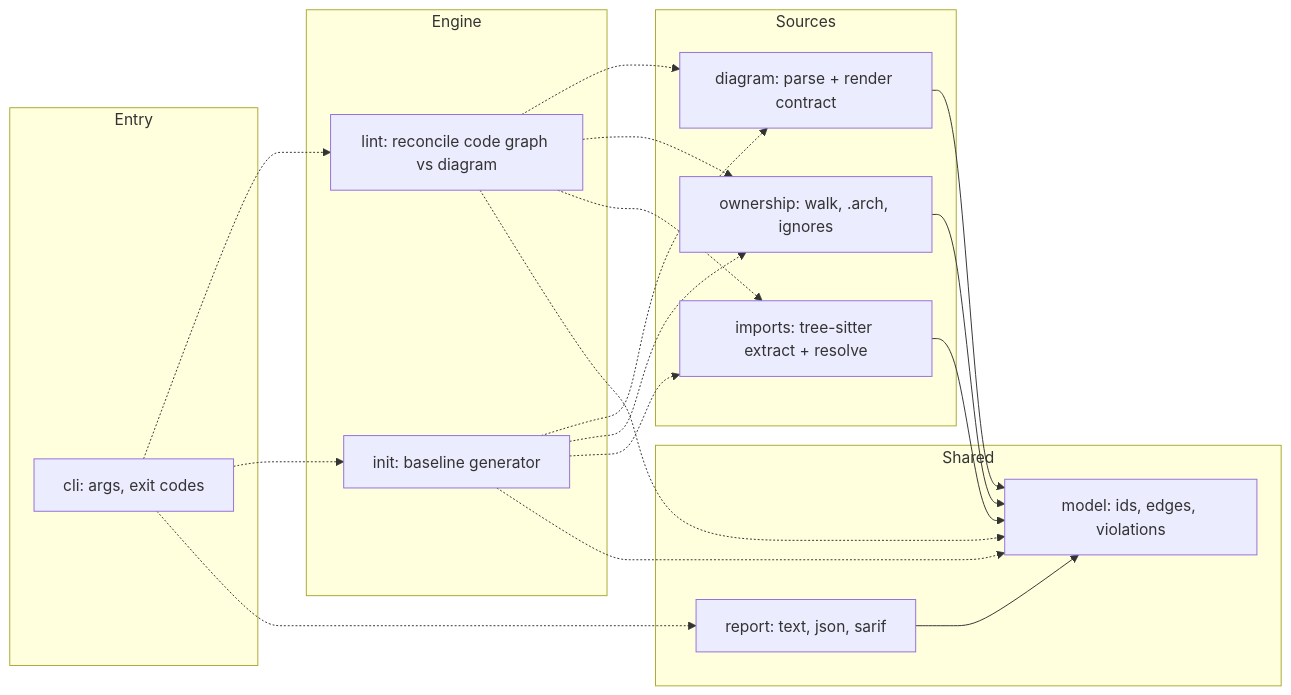
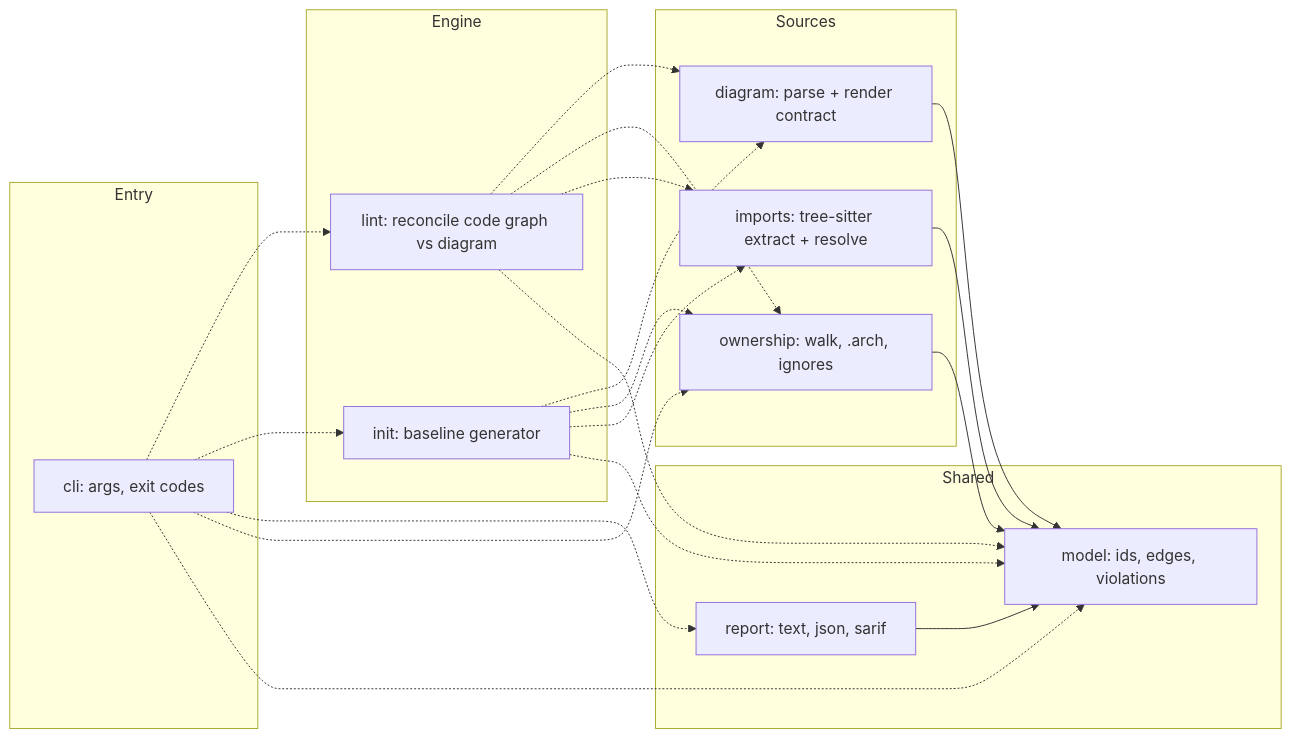
The diagram in architecture.mmd (phanshiyu/driftwall), drawn with Mermaid before and after one commit.

Commit message:
Mark lint edges implemented; declare cli to ownership and model as planned

```diff
--- a/architecture.mmd
+++ b/architecture.mmd
@@ -1,40 +1,42 @@
 %% driftwall architecture contract (dogfooded).
 %% Grammar: flowchart subset. See docs/DESIGN.md#contract-format.
 %% Solid arrow  = implemented dependency, enforced.
 %% Dotted arrow = planned dependency, tolerated until built.
 flowchart LR
   subgraph entry["Entry"]
     cli["cli: args, exit codes"]
   end
 
   subgraph engine["Engine"]
     lint["lint: reconcile code graph vs diagram"]
     init["init: baseline generator"]
   end
 
   subgraph sources["Sources"]
     diagram["diagram: parse + render contract"]
     ownership["ownership: walk, .arch, ignores"]
     imports["imports: tree-sitter extract + resolve"]
   end
 
   subgraph shared["Shared"]
     model["model: ids, edges, violations"]
     report["report: text, json, sarif"]
   end
 
   cli -.-> lint
   cli -.-> init
   cli -.-> report
+  cli -.-> ownership
+  cli -.-> model
   lint -.-> diagram
   lint -.-> ownership
   lint -.-> imports
   lint -.-> model
   init -.-> diagram
   init -.-> ownership
   init -.-> imports
   init -.-> model
   diagram --> model
   ownership --> model
   imports --> model
   report --> model
```
